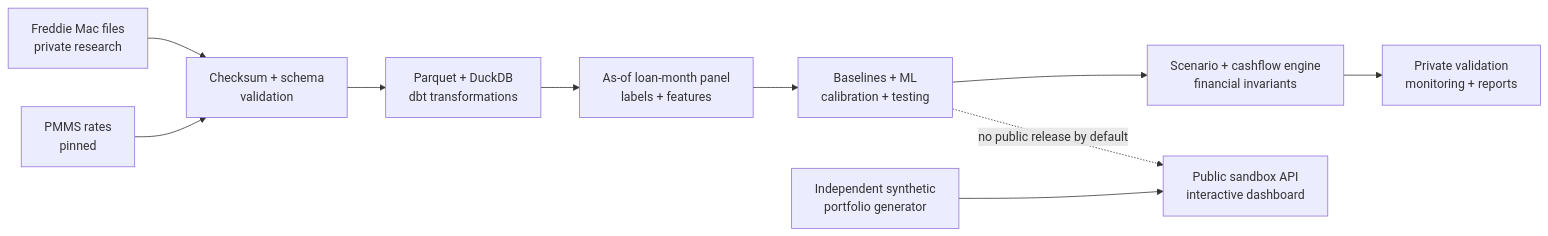
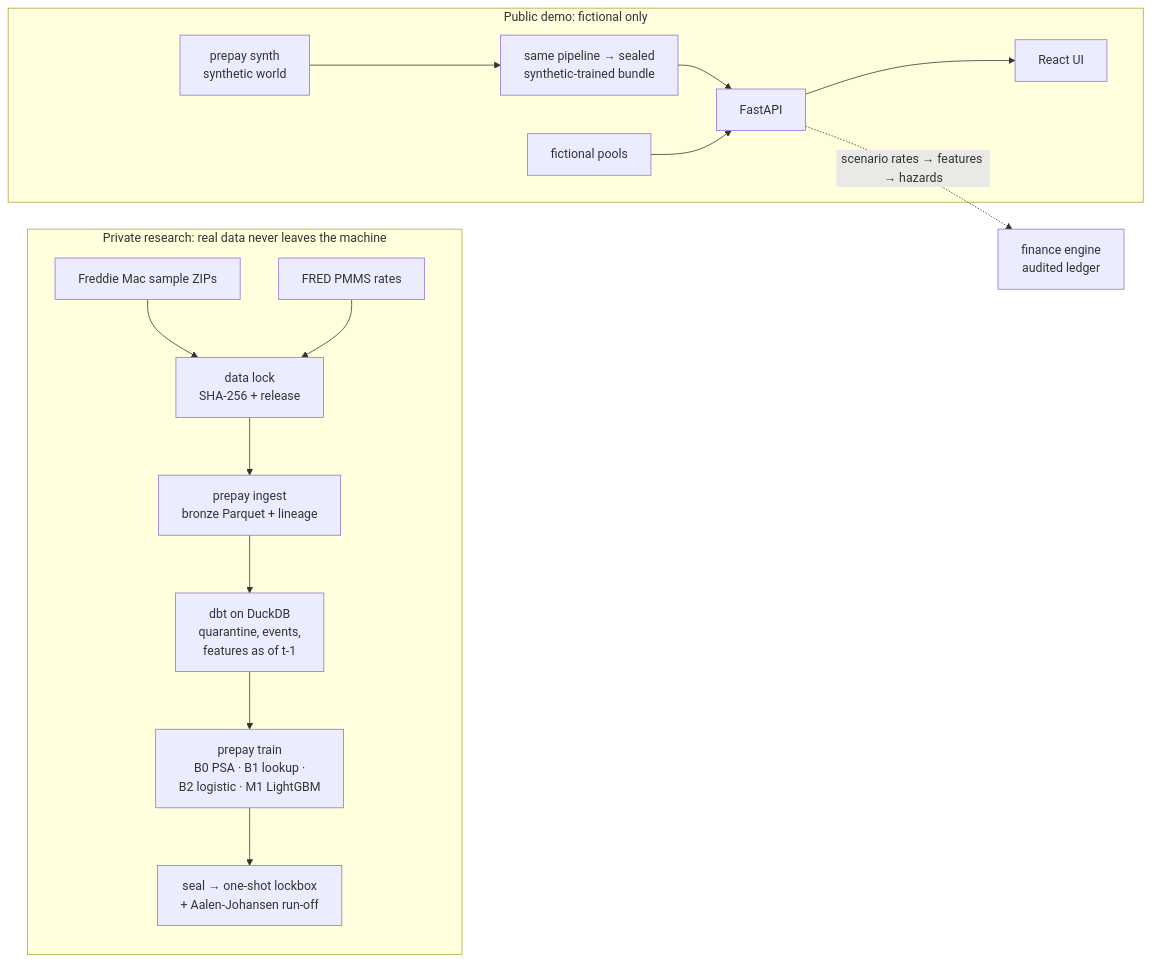
Before and after one commit to s2002kumar/PrePay: the diagram in README.md, drawn with Mermaid. The commit also changed other lines of this file and 23 other files, not shown here.

First line of the commit message:
build(release): demo container, release docs and real-data study pre-registration (#13)

````diff
--- a/README.md
+++ b/README.md
@@ -24,12 +44,17 @@
 ```mermaid
 flowchart LR
-  A[Freddie Mac files\nprivate research] --> B[Checksum + schema\nvalidation]
-  R[PMMS rates\npinned] --> B
-  B --> C[Parquet + DuckDB\ndbt transformations]
-  C --> D[As-of loan-month panel\nlabels + features]
-  D --> E[Baselines + ML\ncalibration + testing]
-  E --> F[Scenario + cashflow engine\nfinancial invariants]
-  F --> G[Private validation\nmonitoring + reports]
-  S[Independent synthetic\nportfolio generator] --> H[Public sandbox API\ninteractive dashboard]
-  E -. no public release by default .-> H
+  subgraph private[Private research: real data never leaves the machine]
+    Z[Freddie Mac sample ZIPs] --> L[data lock<br/>SHA-256 + release]
+    F[FRED PMMS rates] --> L
+    L --> I[prepay ingest<br/>bronze Parquet + lineage]
+    I --> D[dbt on DuckDB<br/>quarantine, events,<br/>features as of t-1]
+    D --> M[prepay train<br/>B0 PSA · B1 lookup ·<br/>B2 logistic · M1 LightGBM]
+    M --> S[seal → one-shot lockbox<br/>+ Aalen-Johansen run-off]
+  end
+  subgraph public[Public demo: fictional only]
+    G[prepay synth<br/>synthetic world] --> B[same pipeline → sealed<br/>synthetic-trained bundle]
+    B --> A[FastAPI] --> W[React UI]
+    P[fictional pools] --> A
+  end
+  A -. scenario rates → features → hazards .-> E[finance engine<br/>audited ledger]
 ```
````
